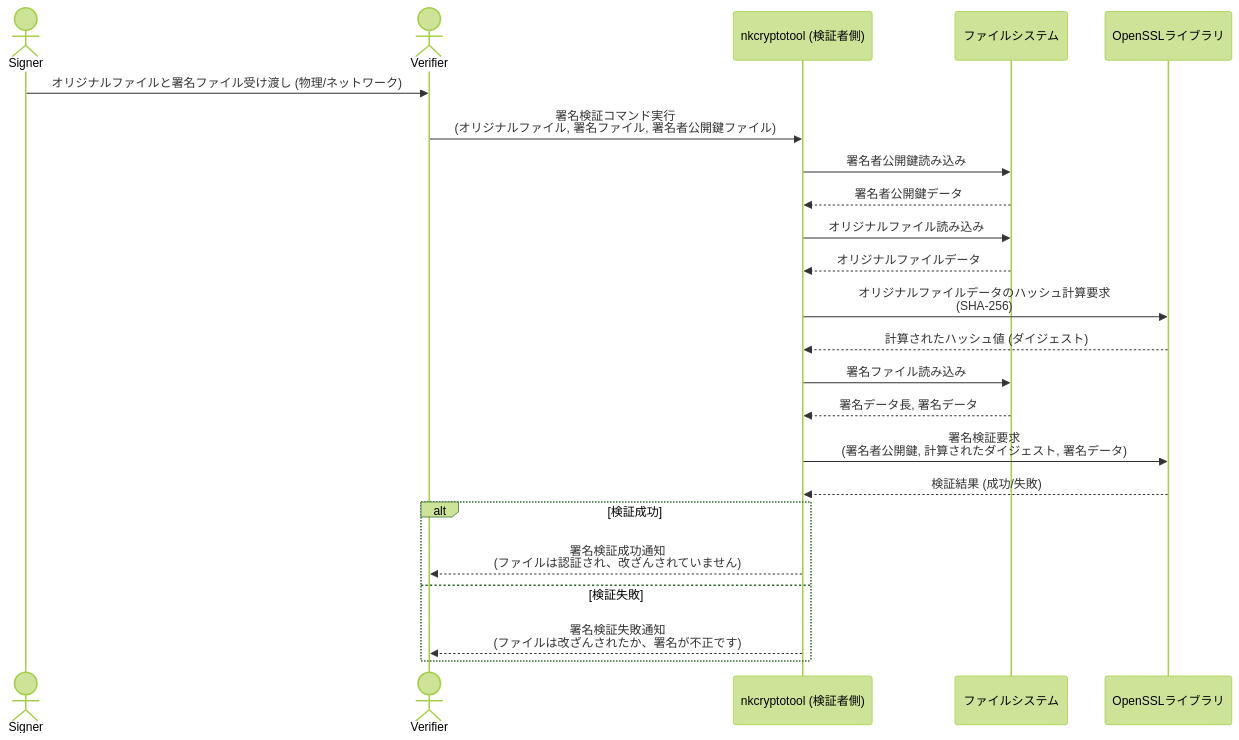
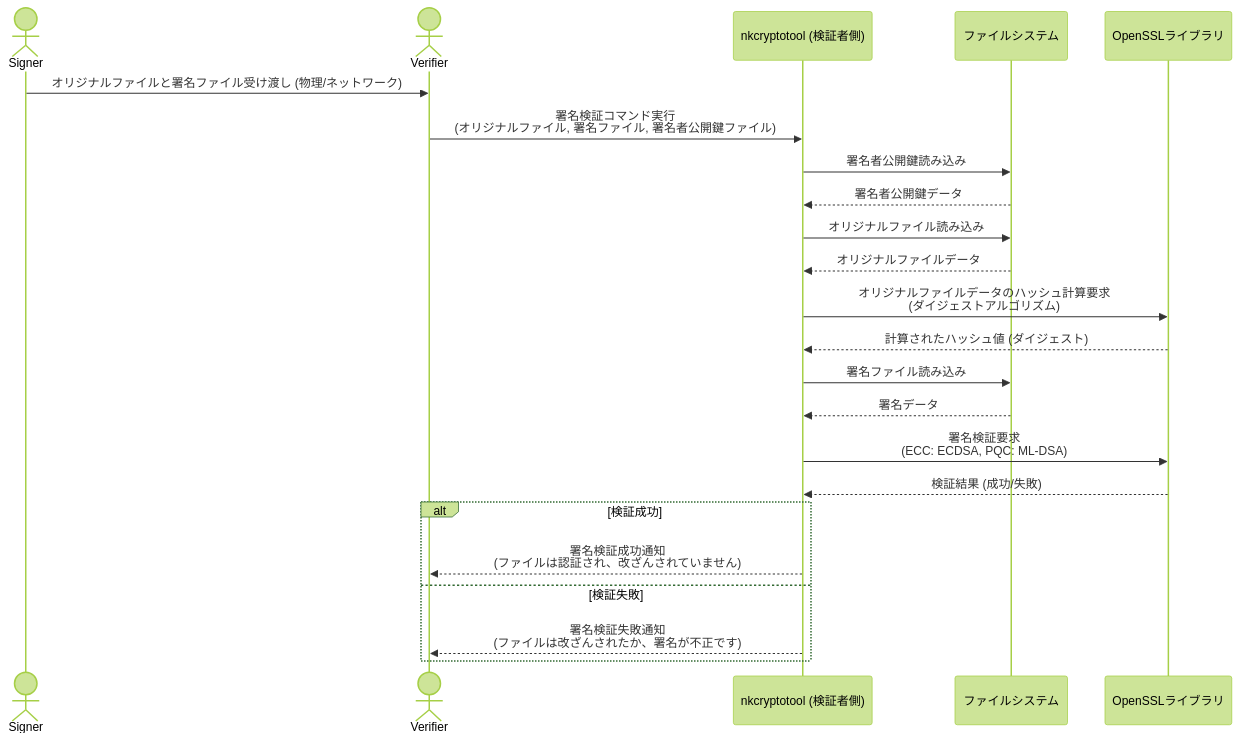
Before and after one commit to nkoriyama/nkCryptoTool: the sixth of 6 diagrams in README.md, drawn with Mermaid (forest theme). The commit also changed other lines of this file and 1 other file, not shown here.

````diff
--- a/README.md
+++ b/README.md
@@ -444,26 +413,26 @@
 ```mermaid
 sequenceDiagram
     actor Signer
     actor Verifier
     participant Verifier_nkcryptotool as nkcryptotool (検証者側)
     participant FileSystem as ファイルシステム
     participant OpenSSL as OpenSSLライブラリ
 
     Signer->>Verifier: オリジナルファイルと署名ファイル受け渡し (物理/ネットワーク)
     Verifier->>Verifier_nkcryptotool: 署名検証コマンド実行<br>(オリジナルファイル, 署名ファイル, 署名者公開鍵ファイル)
     Verifier_nkcryptotool->>FileSystem: 署名者公開鍵読み込み
     FileSystem-->>Verifier_nkcryptotool: 署名者公開鍵データ
     Verifier_nkcryptotool->>FileSystem: オリジナルファイル読み込み
     FileSystem-->>Verifier_nkcryptotool: オリジナルファイルデータ
-    Verifier_nkcryptotool->>OpenSSL: オリジナルファイルデータのハッシュ計算要求<br>(SHA-256)
+    Verifier_nkcryptotool->>OpenSSL: オリジナルファイルデータのハッシュ計算要求<br>(ダイジェストアルゴリズム)
     OpenSSL-->>Verifier_nkcryptotool: 計算されたハッシュ値 (ダイジェスト)
     Verifier_nkcryptotool->>FileSystem: 署名ファイル読み込み
-    FileSystem-->>Verifier_nkcryptotool: 署名データ長, 署名データ
-    Verifier_nkcryptotool->>OpenSSL: 署名検証要求<br>(署名者公開鍵, 計算されたダイジェスト, 署名データ)
+    FileSystem-->>Verifier_nkcryptotool: 署名データ
+    Verifier_nkcryptotool->>OpenSSL: 署名検証要求<br>(ECC: ECDSA, PQC: ML-DSA)
     OpenSSL-->>Verifier_nkcryptotool: 検証結果 (成功/失敗)
     alt 検証成功
         Verifier_nkcryptotool-->>Verifier: 署名検証成功通知<br>(ファイルは認証され、改ざんされていません)
     else 検証失敗
         Verifier_nkcryptotool-->>Verifier: 署名検証失敗通知<br>(ファイルは改ざんされたか、署名が不正です)
     end
 ```
````
